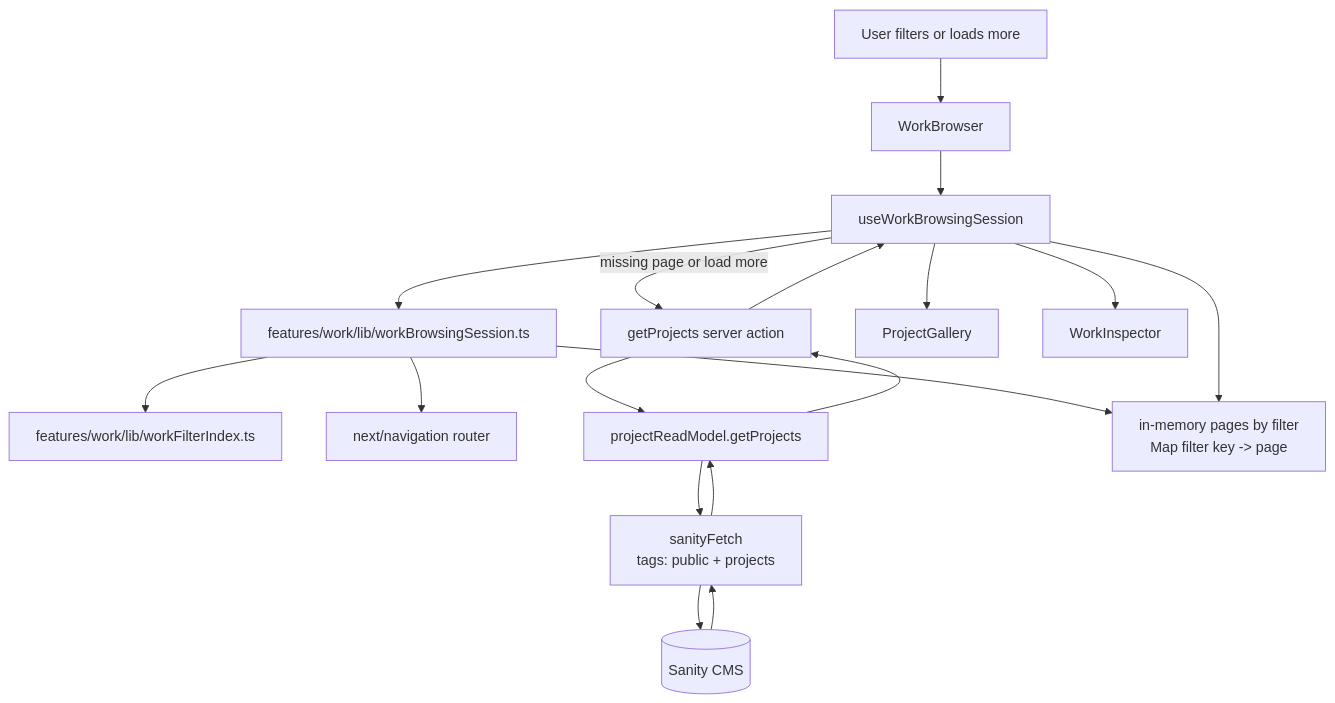
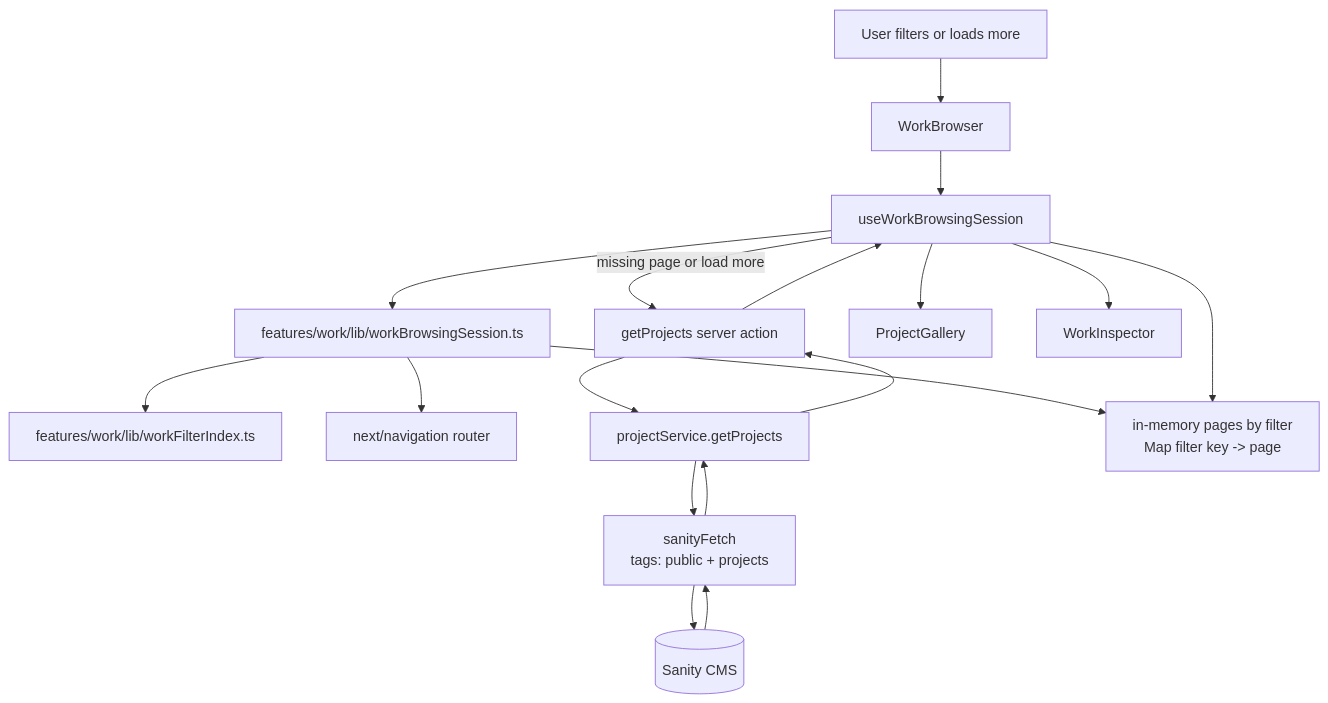
Before and after one commit to pinpointpinpoint/style-up-studio: the third of 6 diagrams in docs/architecture.md, drawn with Mermaid. The commit also changed other lines of this file and 49 other files, not shown here.

````diff
--- a/docs/architecture.md
+++ b/docs/architecture.md
@@ -127,36 +127,36 @@
 ```mermaid
 flowchart TD
     User["User filters or loads more"]
     WorkBrowser["WorkBrowser"]
     SessionHook["useWorkBrowsingSession"]
     PureSession["features/work/lib/workBrowsingSession.ts"]
     FilterIndex["features/work/lib/workFilterIndex.ts"]
     Router["next/navigation router"]
     Action["getProjects server action"]
-    ReadModel["projectReadModel.getProjects"]
+    ProjectService["projectService.getProjects"]
     Fetch["sanityFetch<br/>tags: public + projects"]
     Sanity[(Sanity CMS)]
     Cache["in-memory pages by filter<br/>Map filter key -> page"]
     Gallery["ProjectGallery"]
     Inspector["WorkInspector"]
 
     User --> WorkBrowser
     WorkBrowser --> SessionHook
     SessionHook --> PureSession
     PureSession --> FilterIndex
     PureSession --> Router
     PureSession --> Cache
 
     SessionHook -->|"missing page or load more"| Action
-    Action --> ReadModel
-    ReadModel --> Fetch
+    Action --> ProjectService
+    ProjectService --> Fetch
     Fetch --> Sanity
     Sanity --> Fetch
-    Fetch --> ReadModel
-    ReadModel --> Action
+    Fetch --> ProjectService
+    ProjectService --> Action
     Action --> SessionHook
 
     SessionHook --> Cache
     SessionHook --> Gallery
     SessionHook --> Inspector
 ```
````
